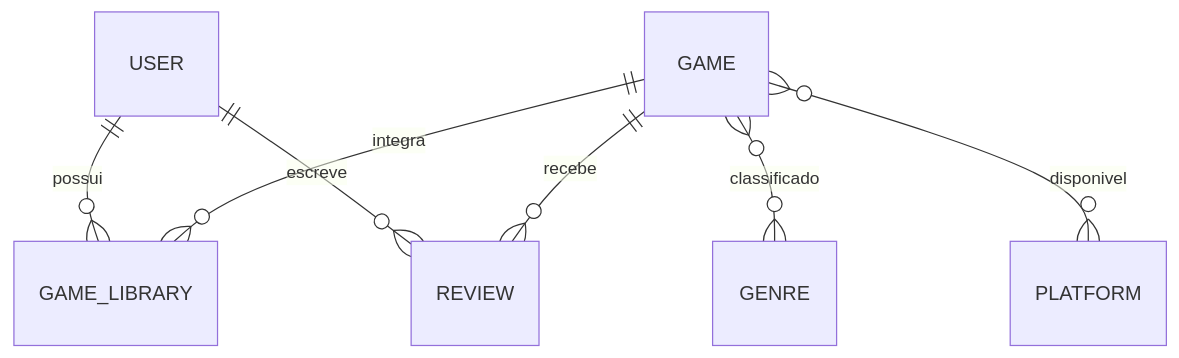
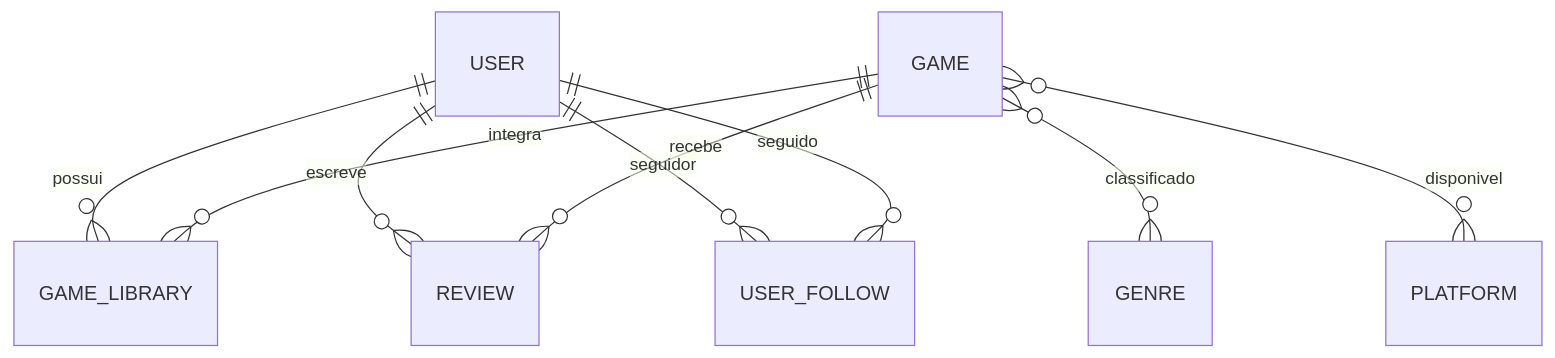
One commit to LucasCruz2773/game-tracker-api changed the second of 2 diagrams in README.md. Above: the diagram before and after it, drawn with Mermaid. The commit also changed other lines of this file and 10 other files, not shown here.

````diff
--- a/README.md
+++ b/README.md
@@ -72,9 +74,11 @@
 ```mermaid
 erDiagram
   USER ||--o{ GAME_LIBRARY : possui
   GAME ||--o{ GAME_LIBRARY : integra
   USER ||--o{ REVIEW : escreve
   GAME ||--o{ REVIEW : recebe
+  USER ||--o{ USER_FOLLOW : seguidor
+  USER ||--o{ USER_FOLLOW : seguido
   GAME }o--o{ GENRE : classificado
   GAME }o--o{ PLATFORM : disponivel
 ```
````
